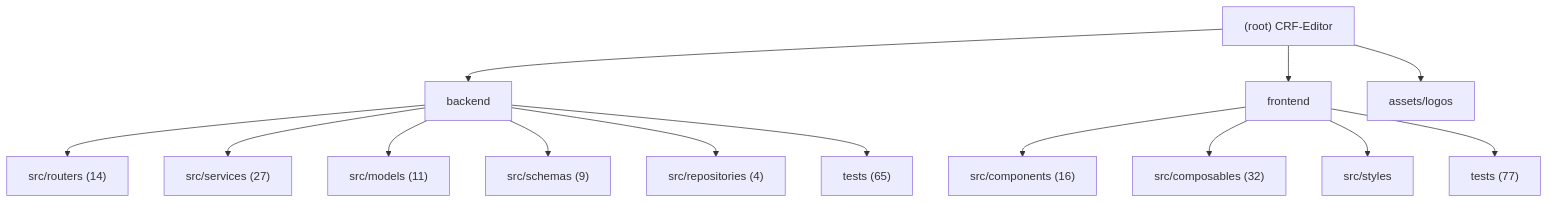
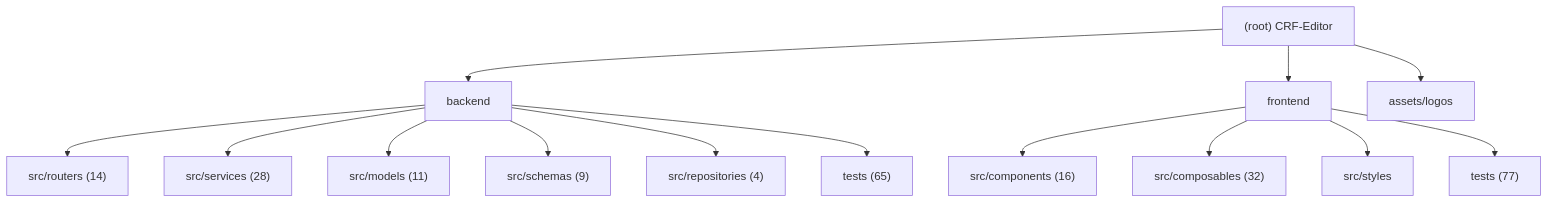
One commit to decade6666/CRF-Editor changed the diagram in .claude/CLAUDE.md. Above: the diagram before and after it, drawn with Mermaid. The commit also changed other lines of this file and 3 other files, not shown here.

````diff
--- a/.claude/CLAUDE.md
+++ b/.claude/CLAUDE.md
@@ -15,19 +15,19 @@
 ```mermaid
 graph TD
     A["(root) CRF-Editor"] --> B["backend"];
     B --> B1["src/routers (14)"];
-    B --> B2["src/services (27)"];
+    B --> B2["src/services (28)"];
     B --> B3["src/models (11)"];
     B --> B4["src/schemas (9)"];
     B --> B5["src/repositories (4)"];
     B --> B6["tests (65)"];
     A --> C["frontend"];
     C --> C1["src/components (16)"];
     C --> C2["src/composables (32)"];
     C --> C3["src/styles"];
     C --> C4["tests (77)"];
     A --> D["assets/logos"];
 
     click B "./backend/.claude/CLAUDE.md" "View backend module docs"
     click C "./frontend/.claude/CLAUDE.md" "View frontend module docs"
 ```
````
